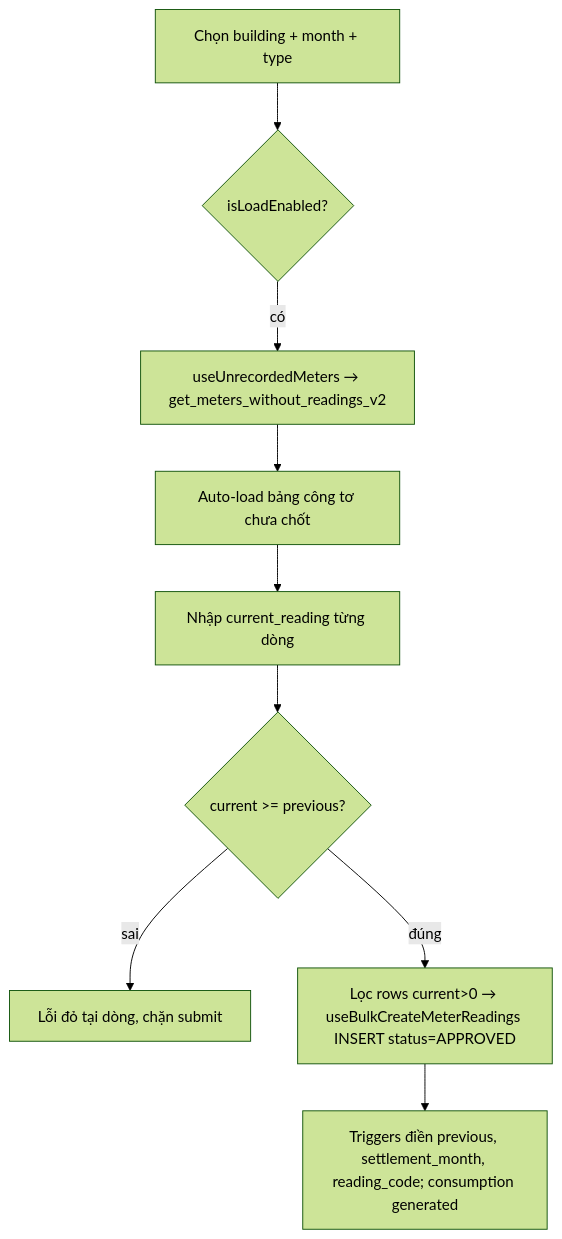
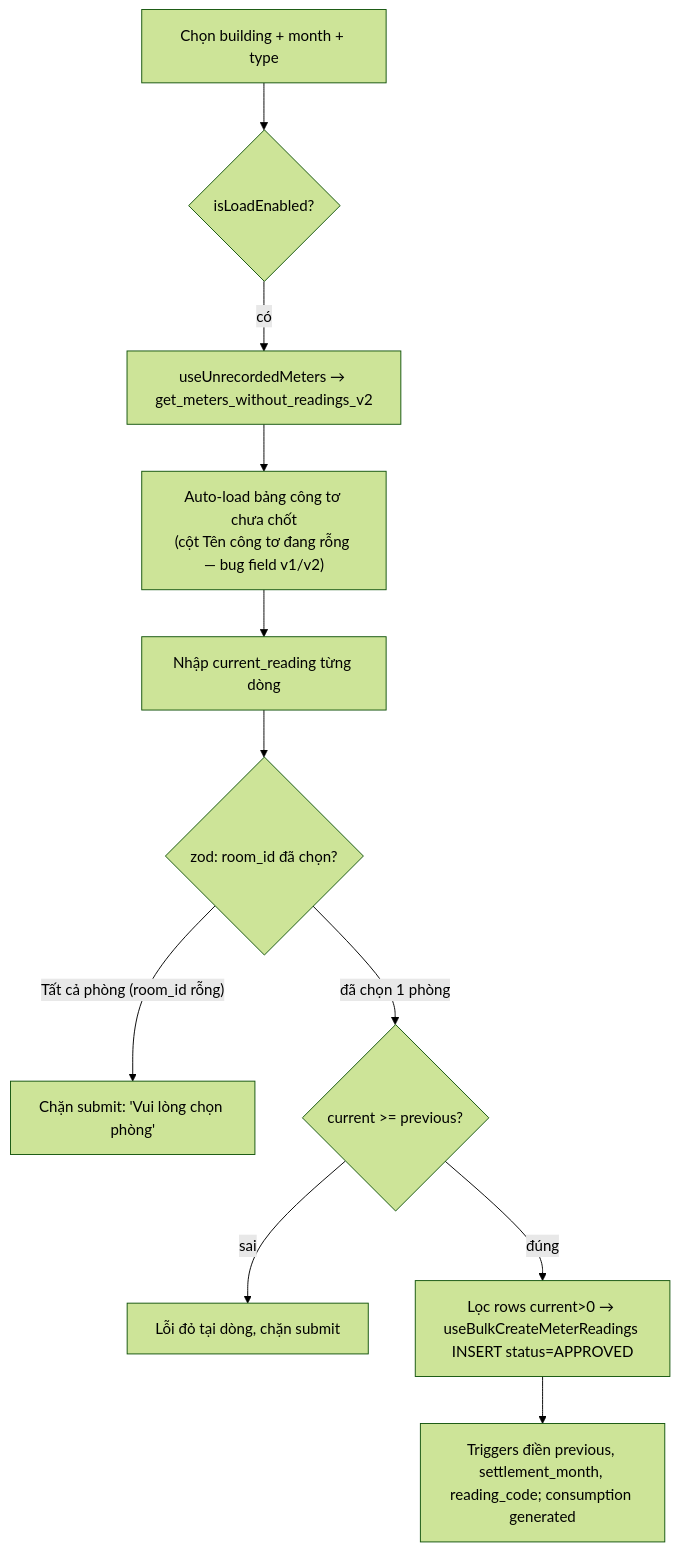
Before and after one commit to zxGreenxz/whiteboard-ihomecrm: the third of 3 diagrams in docs/he-thong/06-cong-to-chi-so.md, drawn with Mermaid (forest theme). The commit also changed other lines of this file and 17 other files, not shown here.

````diff
--- a/docs/he-thong/06-cong-to-chi-so.md
+++ b/docs/he-thong/06-cong-to-chi-so.md
@@ -229,11 +269,13 @@
 ```mermaid
 flowchart TD
     A["Chọn building + month + type"] --> B{"isLoadEnabled?"}
     B -- "có" --> C["useUnrecordedMeters → get_meters_without_readings_v2"]
-    C --> D["Auto-load bảng công tơ chưa chốt"]
+    C --> D["Auto-load bảng công tơ chưa chốt<br/>(cột Tên công tơ đang rỗng — bug field v1/v2)"]
     D --> E["Nhập current_reading từng dòng"]
-    E --> F{"current >= previous?"}
+    E --> Z{"zod: room_id đã chọn?"}
+    Z -- "Tất cả phòng (room_id rỗng)" --> Y["Chặn submit: 'Vui lòng chọn phòng'"]
+    Z -- "đã chọn 1 phòng" --> F{"current >= previous?"}
     F -- "sai" --> G["Lỗi đỏ tại dòng, chặn submit"]
     F -- "đúng" --> H["Lọc rows current>0 → useBulkCreateMeterReadings INSERT status=APPROVED"]
     H --> I["Triggers điền previous, settlement_month, reading_code; consumption generated"]
 ```
````
